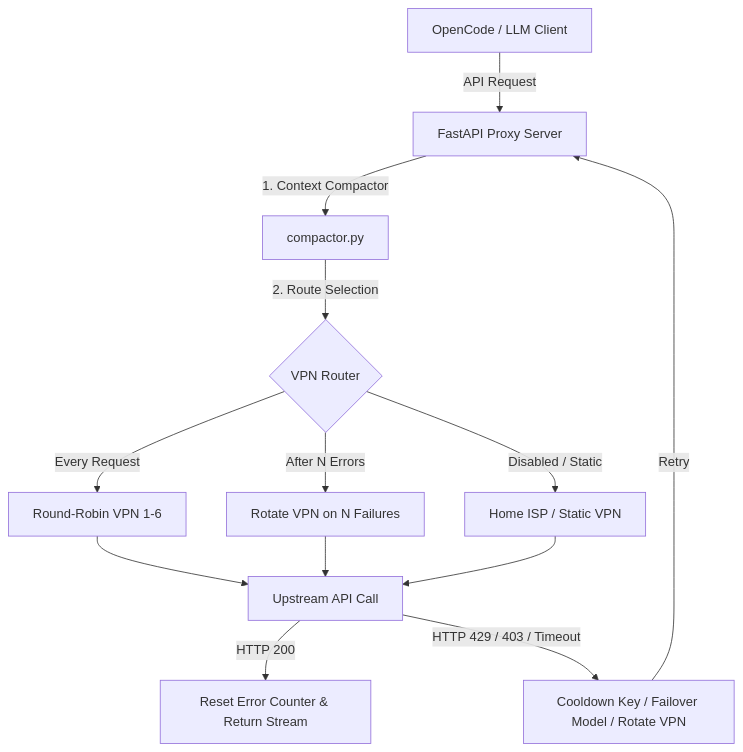
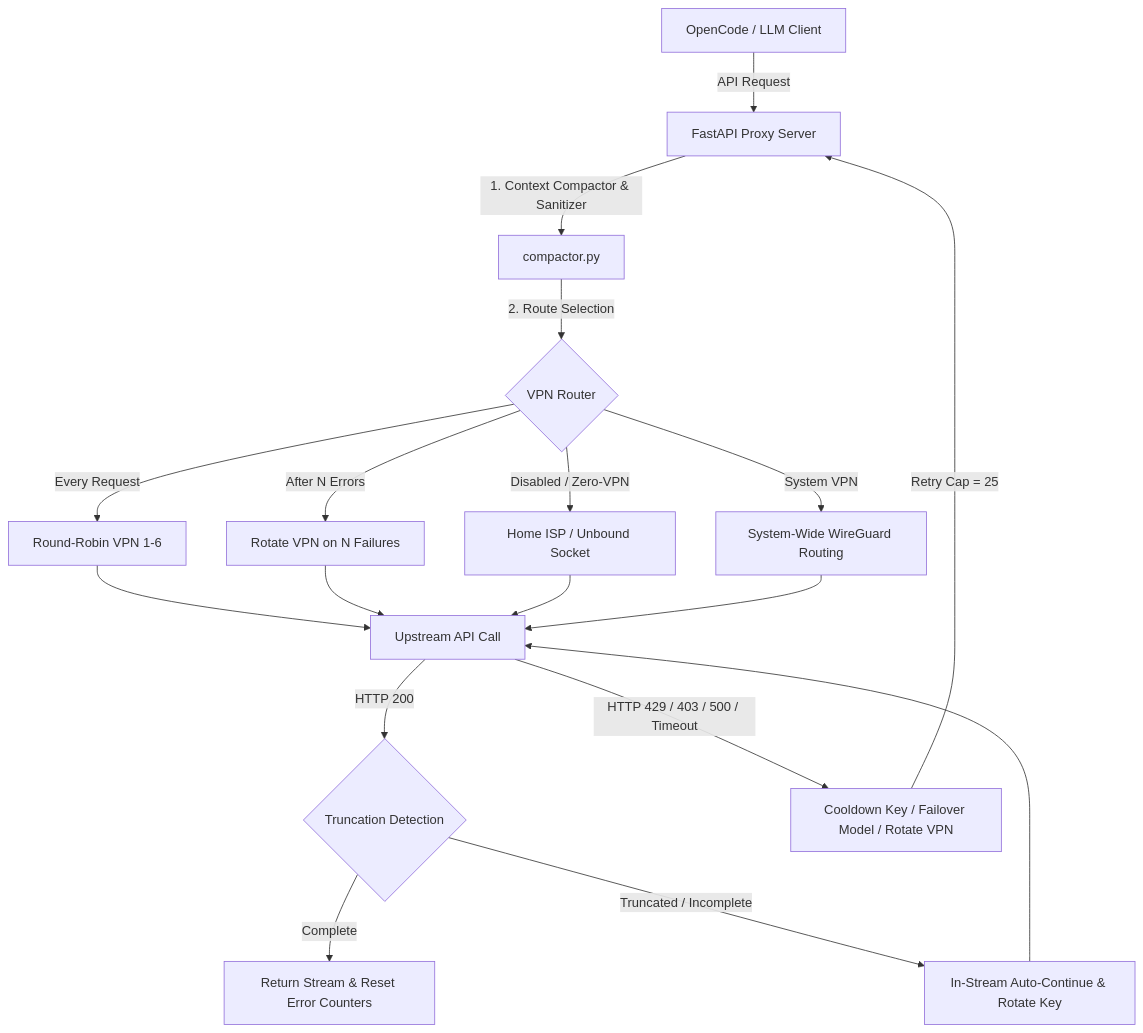
The diagram in README.md (Satori8/RotationProxy), drawn with Mermaid before and after one commit. The commit also changed other lines of this file and 1 other file, not shown here.

Commit message:
docs: update README.md with recent features, migration automation, and VPN architecture

````diff
--- a/README.md
+++ b/README.md
@@ -15,18 +15,24 @@
 ```mermaid
 graph TD
     Client[OpenCode / LLM Client] -->|API Request| Proxy[FastAPI Proxy Server]
-    Proxy -->|1. Context Compactor| Compactor[compactor.py]
+    Proxy -->|1. Context Compactor & Sanitizer| Compactor[compactor.py]
     Compactor -->|2. Route Selection| Router{VPN Router}
     
     Router -->|Every Request| Rot[Round-Robin VPN 1-6]
     Router -->|After N Errors| Err[Rotate VPN on N Failures]
-    Router -->|Disabled / Static| Static[Home ISP / Static VPN]
+    Router -->|Disabled / Zero-VPN| Static[Home ISP / Unbound Socket]
+    Router -->|System VPN| SysVPN[System-Wide WireGuard Routing]
     
     Rot --> Call[Upstream API Call]
     Err --> Call
     Static --> Call
+    SysVPN --> Call
     
-    Call -->|HTTP 200| Success[Reset Error Counter & Return Stream]
-    Call -->|HTTP 429 / 403 / Timeout| Fail[Cooldown Key / Failover Model / Rotate VPN]
-    Fail -->|Retry| Proxy
+    Call -->|HTTP 200| TruncCheck{Truncation Detection}
+    TruncCheck -->|Complete| Success[Return Stream & Reset Error Counters]
+    TruncCheck -->|Truncated / Incomplete| AutoCont[In-Stream Auto-Continue & Rotate Key]
+    AutoCont --> Call
+    
+    Call -->|HTTP 429 / 403 / 500 / Timeout| Fail[Cooldown Key / Failover Model / Rotate VPN]
+    Fail -->|Retry Cap = 25| Proxy
 ```
````
